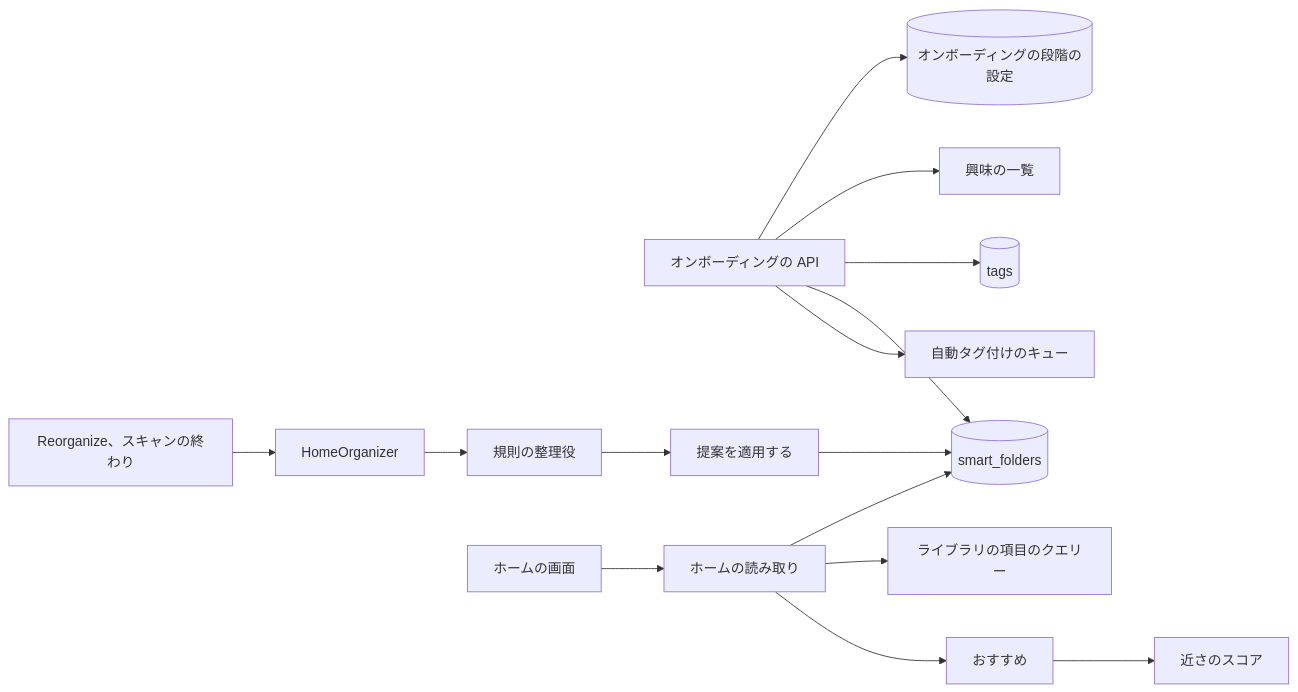
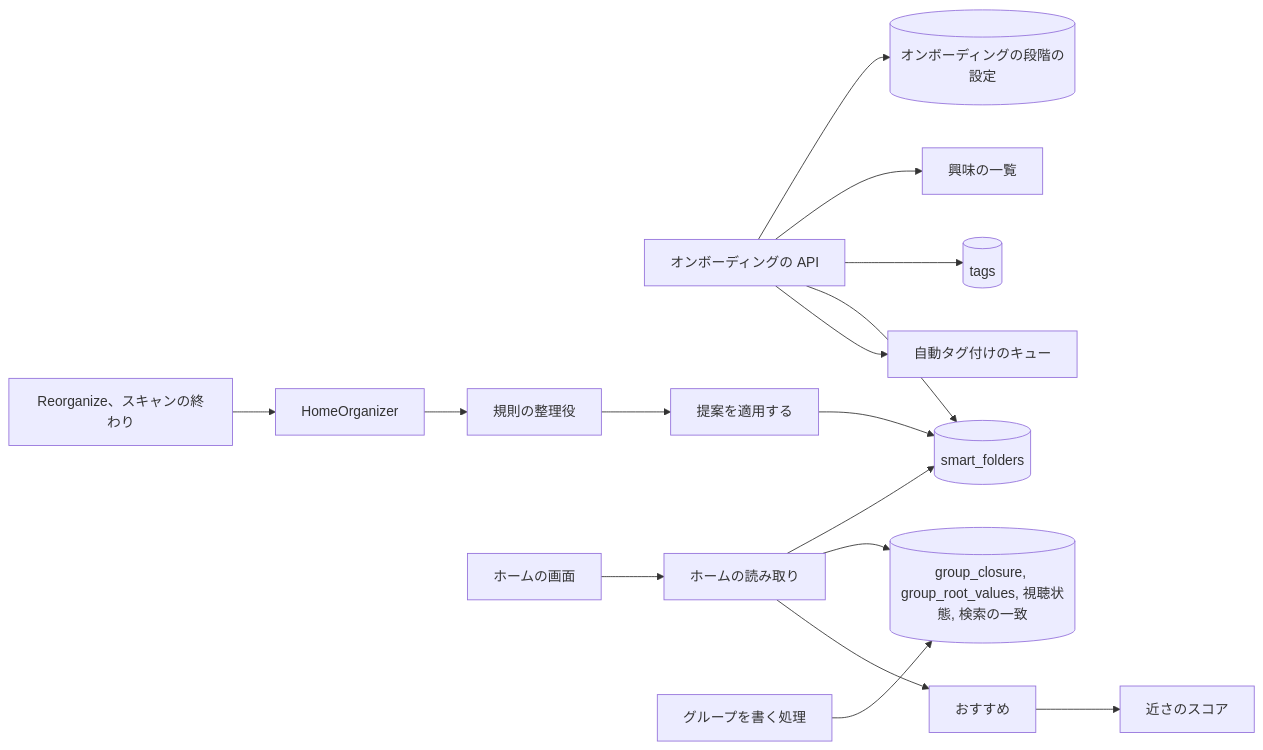
One commit to syudead/vv changed the first of 2 diagrams in translations/ja/specs/057-home/plan.md. Above: the diagram before and after it, drawn with Mermaid. The commit also changed other lines of this file and 4 other files, not shown here.

````diff
--- a/translations/ja/specs/057-home/plan.md
+++ b/translations/ja/specs/057-home/plan.md
@@ -18,17 +18,18 @@
 ```mermaid
 flowchart LR
   ob[オンボーディングの API] --> step[(オンボーディングの段階の設定)]
   ob --> interests[興味の一覧]
   ob --> tags[(tags)]
   ob --> sf[(smart_folders)]
   ob --> autotag[自動タグ付けのキュー]
   triggers[Reorganize、スキャンの終わり] --> org[HomeOrganizer]
   org --> rules[規則の整理役]
   rules --> apply[提案を適用する]
   apply --> sf
   home[ホームの画面] --> read[ホームの読み取り]
   read --> sf
-  read --> items[ライブラリの項目のクエリー]
+  read --> closure[(group_closure, group_root_values, 視聴状態, 検索の一致)]
+  groups[グループを書く処理] --> closure
   read --> rec[おすすめ]
   rec --> score[近さのスコア]
 ```
````
